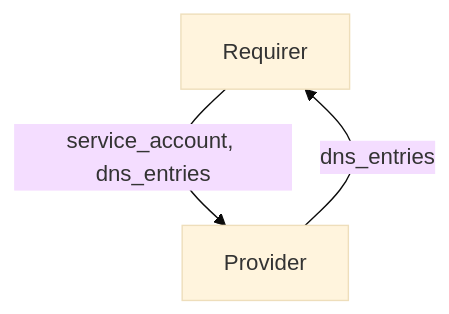
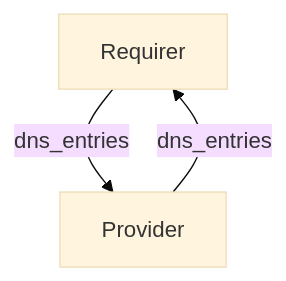
Before and after one commit to canonical/charm-relation-interfaces: the diagram in interfaces/dns_record/v0/README.md, drawn with Mermaid (base theme). The commit also changed other lines of this file and 3 other files, not shown here.

Commit message:
Update dns_record interface to remove service_account

````diff
--- a/interfaces/dns_record/v0/README.md
+++ b/interfaces/dns_record/v0/README.md
@@ -10,5 +10,5 @@
 ```mermaid
 flowchart TD
-  Requirer -- service_account, dns_entries --> Provider
+  Requirer -- dns_entries --> Provider
   Provider -- dns_entries --> Requirer
 ```
````
